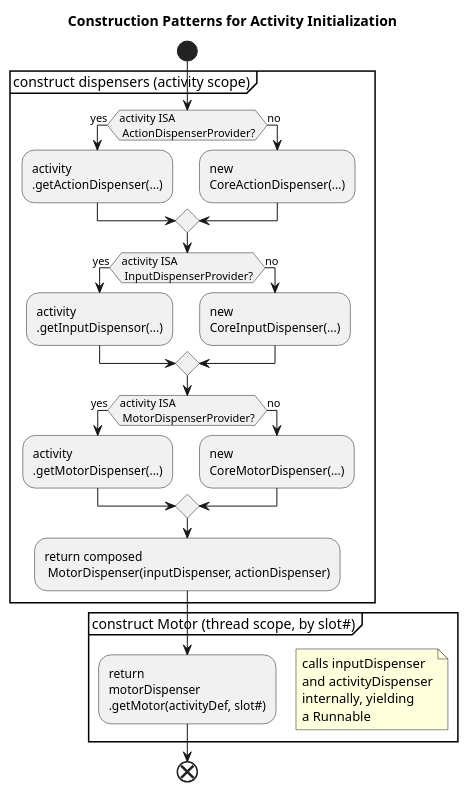
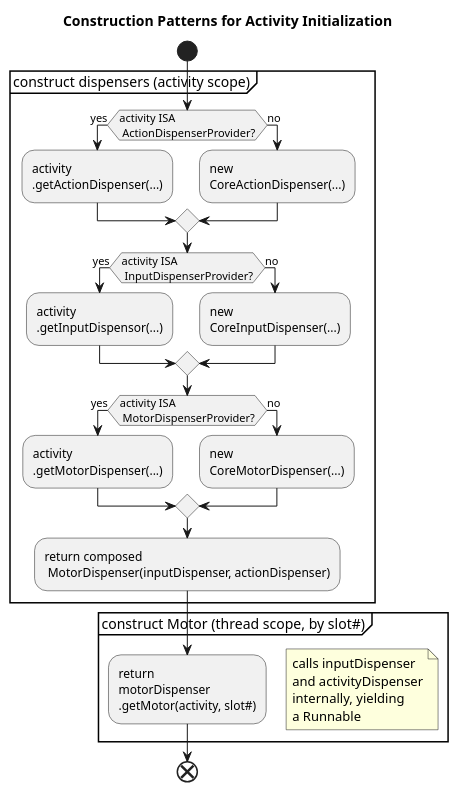
Before and after one commit to engineblock/engineblock: the diagram in docs/diagrams/slot_assembly_activity.puml, drawn with PlantUML. The commit also changed 17 other files, not shown here.

```diff
--- a/docs/diagrams/slot_assembly_activity.puml
+++ b/docs/diagrams/slot_assembly_activity.puml
@@ -1,53 +1,53 @@
 @startuml
 title Construction Patterns for Activity Initialization
 
 start
 
 partition "construct dispensers (activity scope)" {
 if (activity ISA
  ActionDispenserProvider?) then (yes)
  :activity
  .getActionDispenser(...);
 else (no)
  :new
  CoreActionDispenser(...);
 endif
 
 if (activity ISA
  InputDispenserProvider?) then (yes)
  :activity
  .getInputDispensor(...);
 else (no)
  :new
  CoreInputDispenser(...);
 endif
 
 if (activity ISA
  MotorDispenserProvider?) then (yes)
  :activity
  .getMotorDispenser(...);
 else (no)
  :new
  CoreMotorDispenser(...);
 endif
 
 :return composed
  MotorDispenser(inputDispenser, actionDispenser);
 }
 
 partition "construct Motor (thread scope, by slot#)" {
 
  :return
  motorDispenser
- .getMotor(activityDef, slot#);
+ .getMotor(activity, slot#);
 
 floating note right
   calls inputDispenser
   and activityDispenser
   internally, yielding
   a Runnable
 end note
 }
 
 end
 @enduml
```
